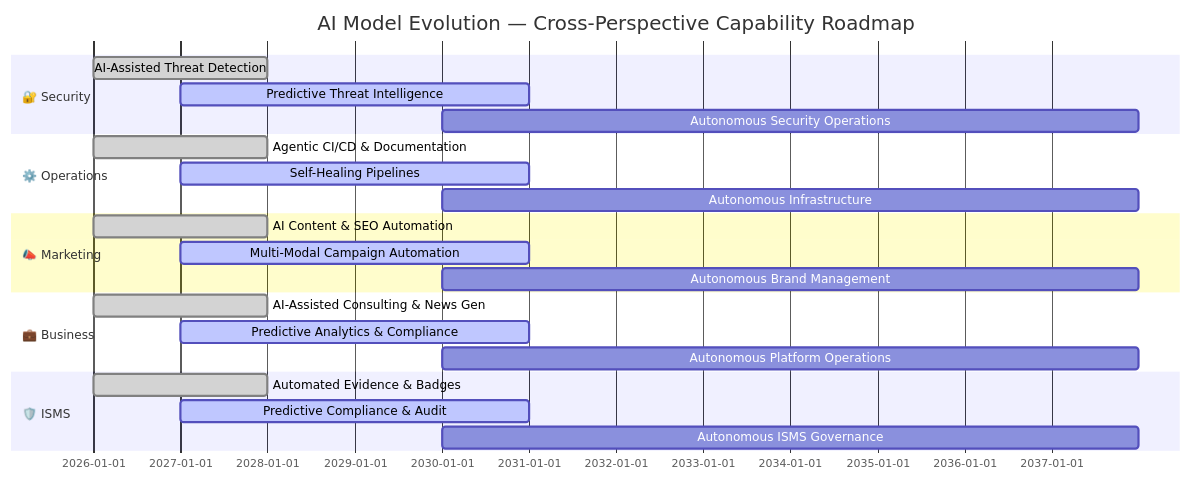
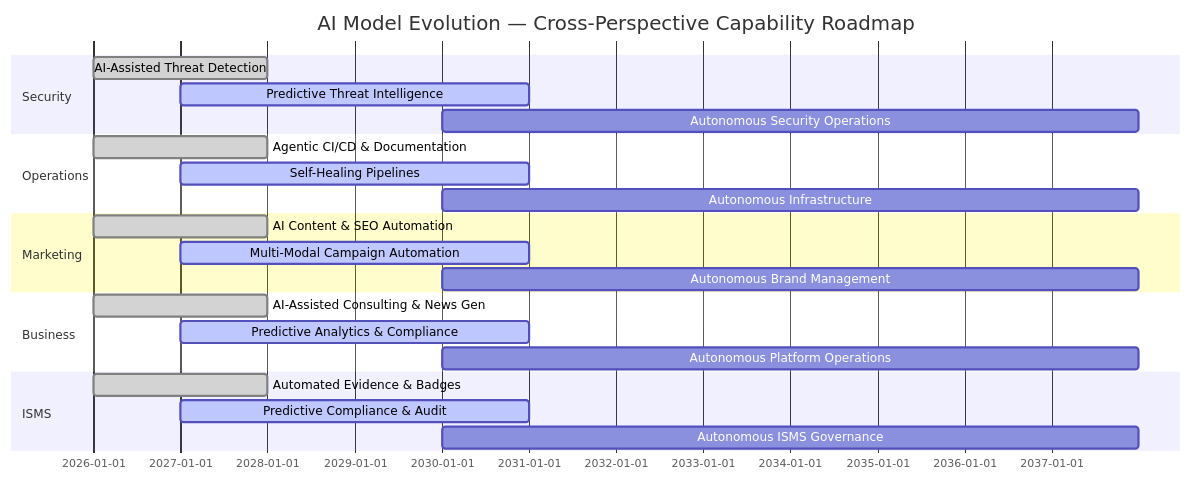
The fourth of 10 diagrams in Information_Security_Strategy.md (Hack23/ISMS-PUBLIC), drawn with Mermaid before and after one commit. The commit also changed other lines of this file, not shown here.

````diff
--- a/Information_Security_Strategy.md
+++ b/Information_Security_Strategy.md
@@ -369,30 +661,30 @@
 ```mermaid
 gantt
     dateFormat YYYY-MM-DD
     title AI Model Evolution — Cross-Perspective Capability Roadmap
     
-    section 🔐 Security
+    section Security
     AI-Assisted Threat Detection       :done, sec1, 2026-01-01, 2027-12-31
     Predictive Threat Intelligence     :active, sec2, 2027-01-01, 2030-12-31
     Autonomous Security Operations     :sec3, 2030-01-01, 2037-12-31
     
-    section ⚙️ Operations
+    section Operations
     Agentic CI/CD & Documentation      :done, ops1, 2026-01-01, 2027-12-31
     Self-Healing Pipelines             :active, ops2, 2027-01-01, 2030-12-31
     Autonomous Infrastructure          :ops3, 2030-01-01, 2037-12-31
     
-    section 📣 Marketing
+    section Marketing
     AI Content & SEO Automation        :done, mkt1, 2026-01-01, 2027-12-31
     Multi-Modal Campaign Automation    :active, mkt2, 2027-01-01, 2030-12-31
     Autonomous Brand Management        :mkt3, 2030-01-01, 2037-12-31
     
-    section 💼 Business
+    section Business
     AI-Assisted Consulting & News Gen  :done, biz1, 2026-01-01, 2027-12-31
     Predictive Analytics & Compliance  :active, biz2, 2027-01-01, 2030-12-31
     Autonomous Platform Operations     :biz3, 2030-01-01, 2037-12-31
     
-    section 🛡️ ISMS
+    section ISMS
     Automated Evidence & Badges        :done, isms1, 2026-01-01, 2027-12-31
     Predictive Compliance & Audit      :active, isms2, 2027-01-01, 2030-12-31
     Autonomous ISMS Governance         :isms3, 2030-01-01, 2037-12-31
 ```
````
